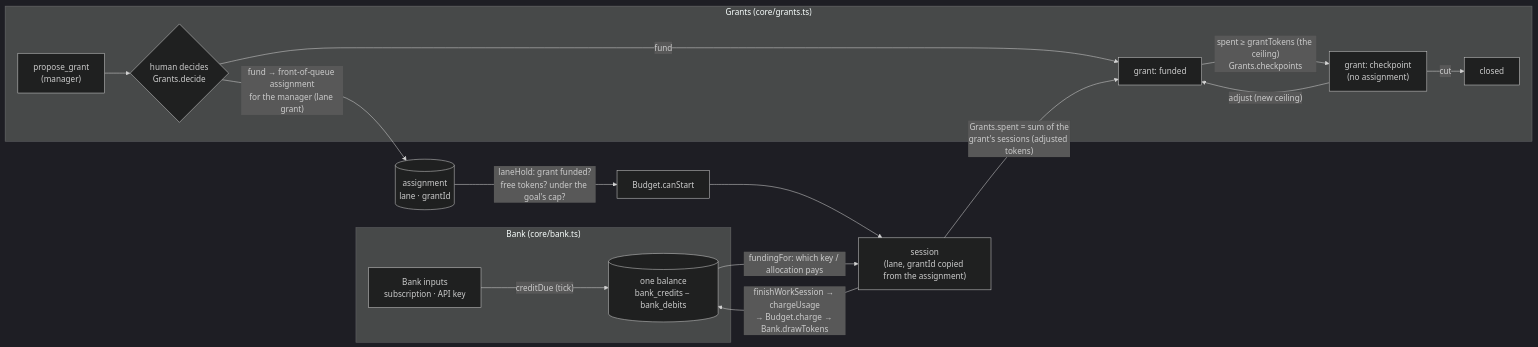
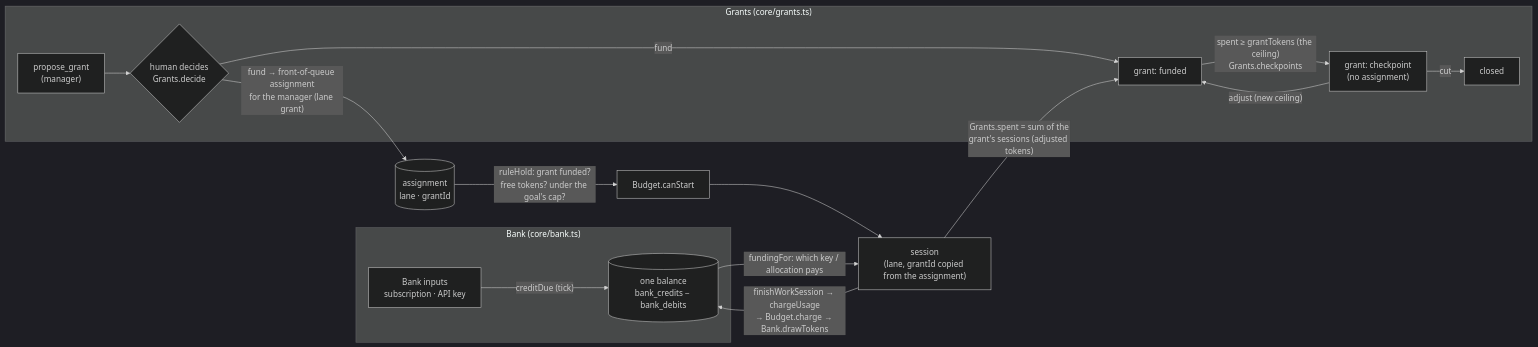
Before and after one commit to mitchellgordon95/muster-town: the second of 2 diagrams in docs/architecture.md, drawn with Mermaid (dark theme). The commit also changed other lines of this file and 30 other files, not shown here.

````diff
--- a/docs/architecture.md
+++ b/docs/architecture.md
@@ -72,19 +72,19 @@
 ```mermaid
 flowchart LR
   subgraph bank["Bank (core/bank.ts)"]
     inputs["Bank inputs<br/>subscription · API key"] -->|"creditDue (tick)"| pools[("one balance<br/>bank_credits − bank_debits")]
   end
   subgraph grants["Grants (core/grants.ts)"]
     propose["propose_grant<br/>(manager)"] --> decide{"human decides<br/>Grants.decide"}
     decide -->|fund| funded["grant: funded"]
     funded -->|"spent ≥ grantTokens (the ceiling)<br/>Grants.checkpoints"| checkpoint["grant: checkpoint<br/>(no assignment)"]
     checkpoint -->|"adjust (new ceiling)"| funded
     checkpoint -->|cut| closed["closed"]
   end
   decide -->|"fund → front-of-queue assignment<br/>for the manager (lane grant)"| asg[("assignment<br/>lane · grantId")]
-  asg -->|"laneHold: grant funded?<br/>free tokens? under the goal's cap?"| gate["Budget.canStart"]
+  asg -->|"ruleHold: grant funded?<br/>free tokens? under the goal's cap?"| gate["Budget.canStart"]
   gate --> sess["session<br/>(lane, grantId copied from the assignment)"]
   pools -->|"fundingFor: which key / allocation pays"| sess
   sess -->|"finishWorkSession → chargeUsage<br/>→ Budget.charge → Bank.drawTokens"| pools
   sess -->|"Grants.spent = sum of the<br/>grant's sessions (adjusted tokens)"| funded
 ```
````
